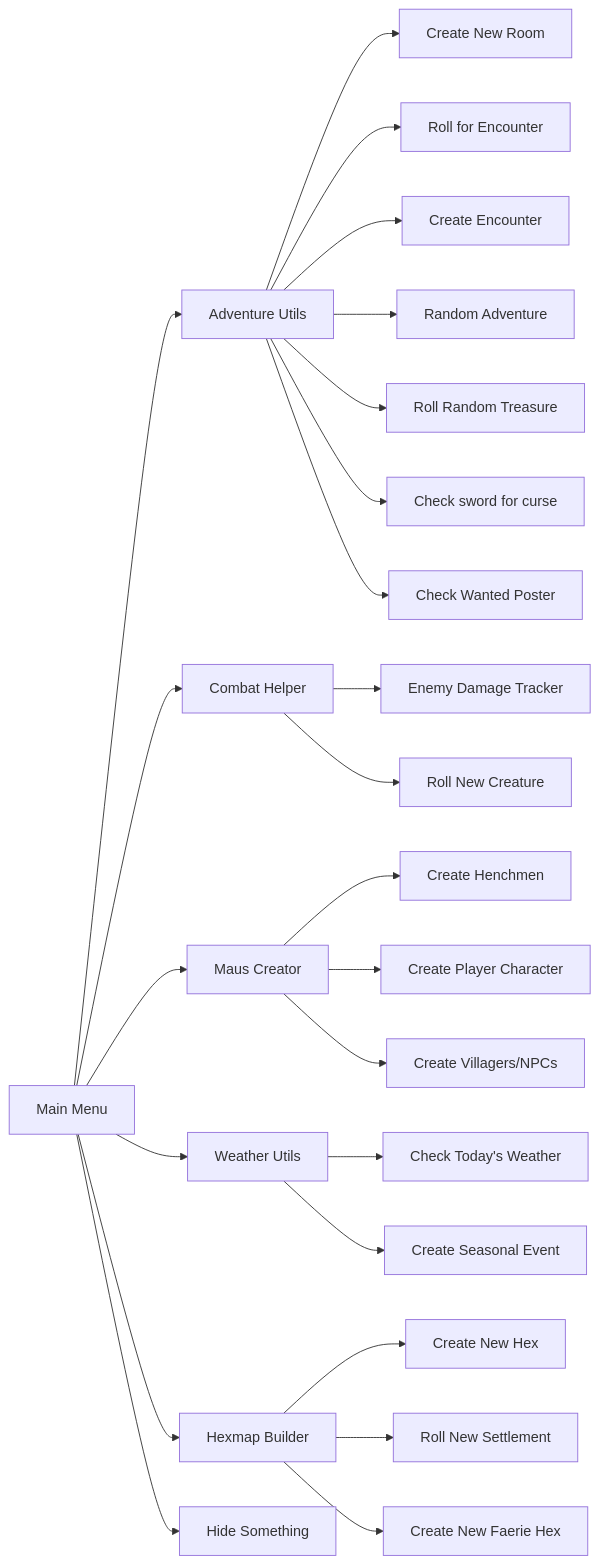
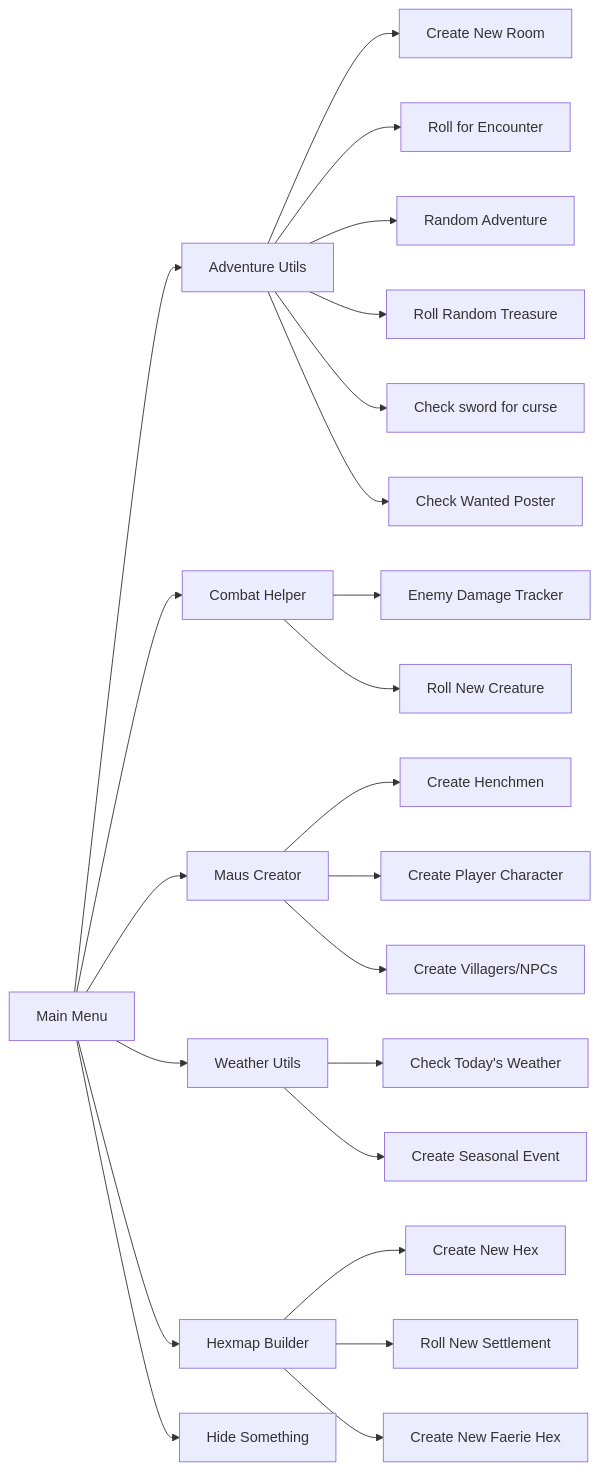
Before and after one commit to barry4356/rpg_helpers_python: the diagram in README.md, drawn with Mermaid.

````diff
--- a/README.md
+++ b/README.md
@@ -15,26 +15,25 @@
 ```mermaid
 flowchart LR
   A[Main Menu] --> B[Adventure Utils]
   A --> C[Combat Helper]
   A --> D[Maus Creator]
   A --> E[Weather Utils]
   A --> F[Hexmap Builder]
   A --> V[Hide Something]
   B --> G[Create New Room]
   B --> H[Roll for Encounter]
-  B --> I[Create Encounter]
   B --> J[Random Adventure]
   B --> K[Roll Random Treasure]
   B --> L[Check sword for curse]
   B --> M[Check Wanted Poster]
   C --> N[Enemy Damage Tracker]
   C --> W[Roll New Creature]
   D --> O[Create Henchmen]
   D --> P[Create Player Character]
   D --> Q[Create Villagers/NPCs]
   E --> R[Check Today's Weather]
   E --> S[Create Seasonal Event]
   F --> T[Create New Hex]
   F --> U[Roll New Settlement]
   F --> X[Create New Faerie Hex]
 ```
````
